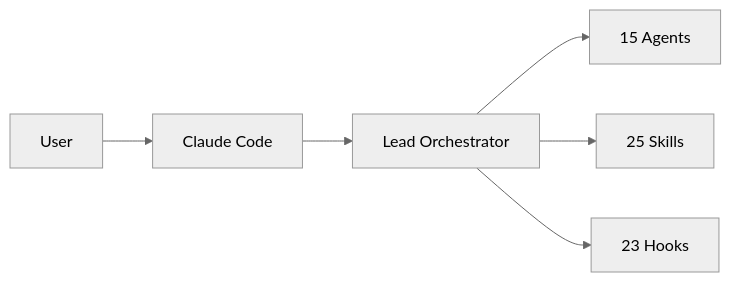
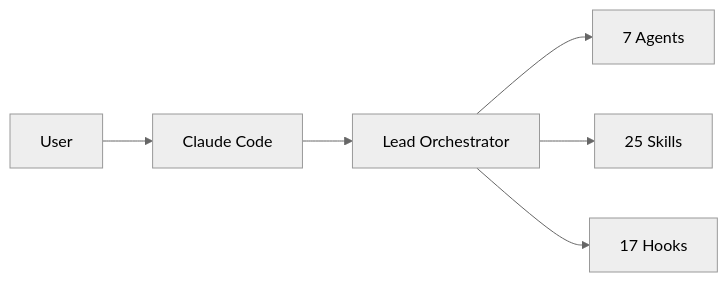
Before and after one commit to MaciWP/claude-code-poneglyph: the first of 2 diagrams in CLAUDE.md, drawn with Mermaid (neutral theme). The commit also changed other lines of this file and 225 other files, not shown here.

First line of the commit message:
refactor: consolidate orchestration — remove redundant agents, skills, hooks and specs

````diff
--- a/CLAUDE.md
+++ b/CLAUDE.md
@@ -61,8 +61,8 @@
 ```mermaid
 graph LR
     User --> CC[Claude Code]
     CC --> Orch[Lead Orchestrator]
-    Orch --> Agents[15 Agents]
+    Orch --> Agents[7 Agents]
     Orch --> Skills[25 Skills]
-    Orch --> Hooks[23 Hooks]
+    Orch --> Hooks[17 Hooks]
 ```
````
